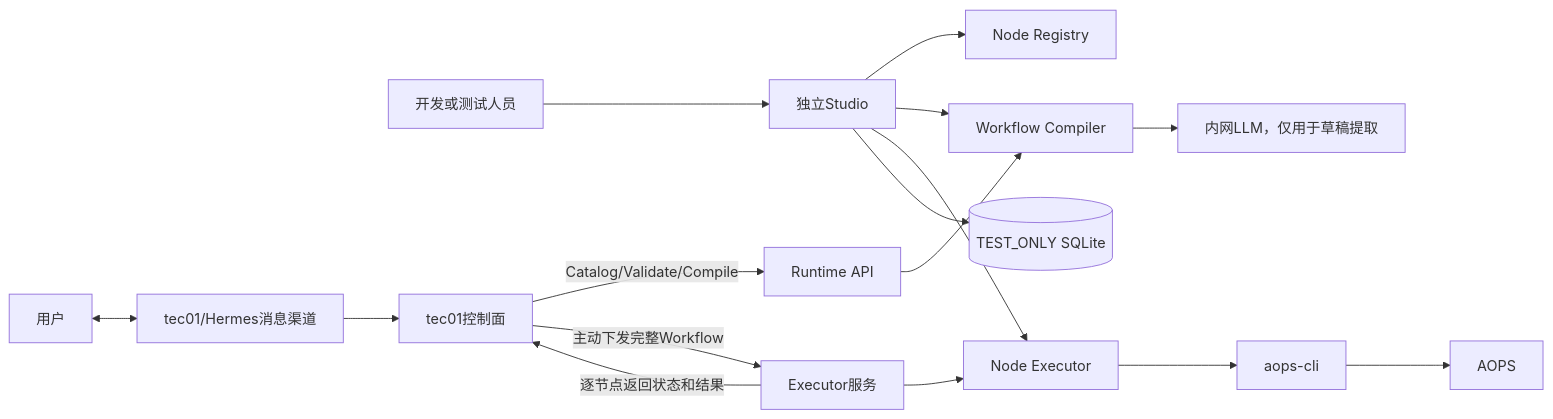
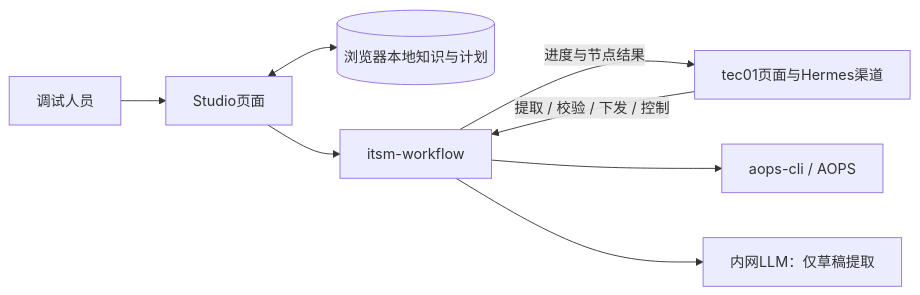
Before and after one commit to armin1024/itsm-workflow: the first of 2 diagrams in docs/architecture.md, drawn with Mermaid. The commit also changed other lines of this file and 56 other files, not shown here.

Commit message:
feat(studio): add browser workspace and align tec01 runtime APIs

````diff
--- a/docs/architecture.md
+++ b/docs/architecture.md
@@ -5,19 +13,10 @@
 ```mermaid
 flowchart LR
-    U[开发或测试人员] --> S[独立Studio]
-    S --> R[Node Registry]
-    S --> C[Workflow Compiler]
-    S --> E[Node Executor]
-    E --> CLI[aops-cli]
-    CLI --> A[AOPS]
-    C --> L[内网LLM，仅用于草稿提取]
-    S --> DB[(TEST_ONLY SQLite)]
-
-    U2[用户] <--> CH[tec01/Hermes消息渠道]
-    CH --> T[tec01控制面]
-    T -->|Catalog/Validate/Compile| API[Runtime API]
-    API --> C
-    T -->|主动下发完整Workflow| EX[Executor服务]
-    EX --> E
-    EX -->|逐节点返回状态和结果| T
+    U[调试人员] --> S[Studio页面]
+    S <--> B[(浏览器本地知识与计划)]
+    S --> R[itsm-workflow]
+    T[tec01页面与Hermes渠道] -->|提取 / 校验 / 下发 / 控制| R
+    R -->|进度与节点结果| T
+    R --> C[aops-cli / AOPS]
+    R --> L[内网LLM：仅草稿提取]
 ```
````
